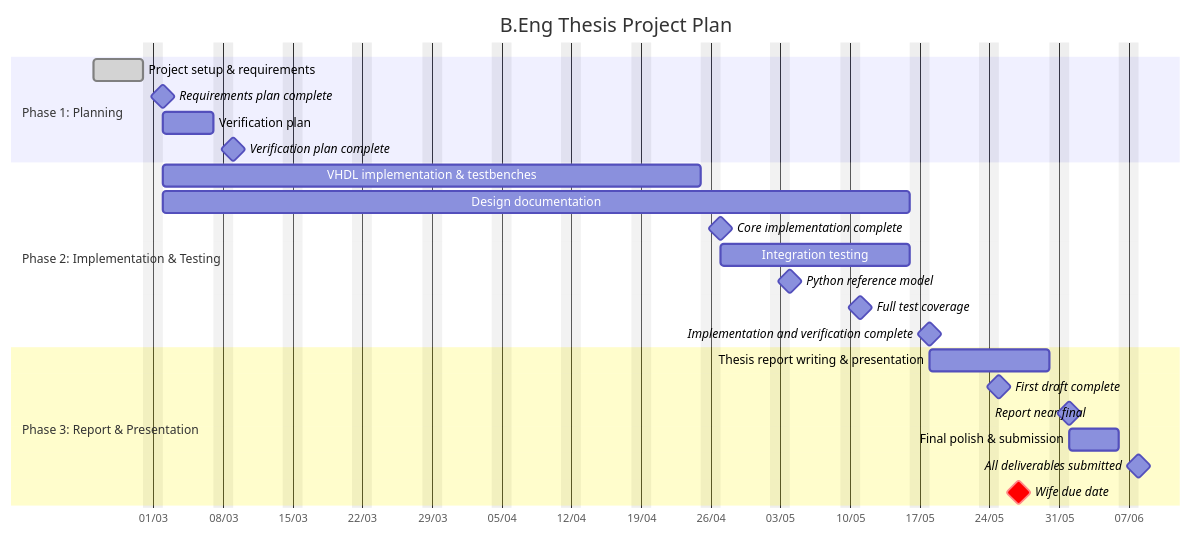
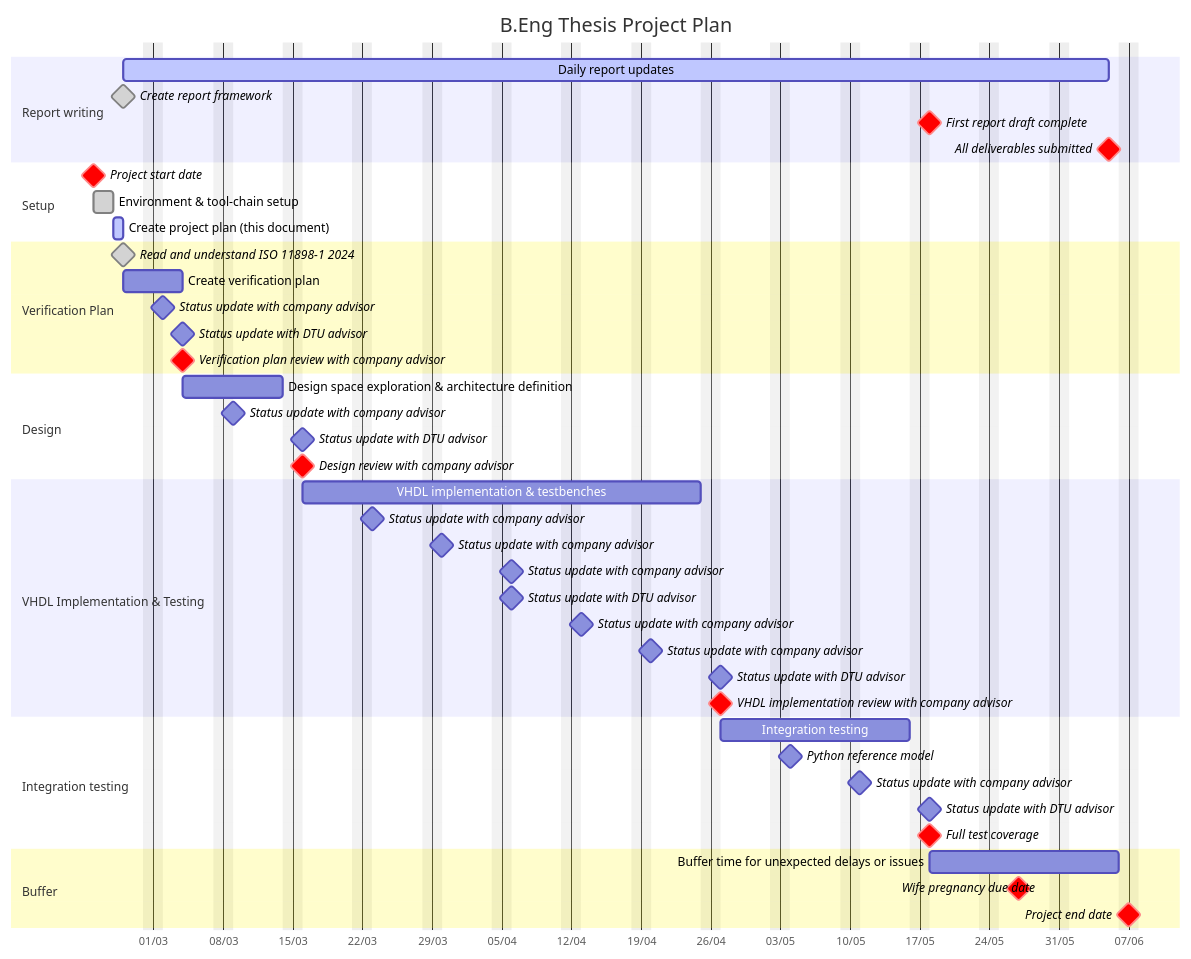
The diagram in docs/time_plan.md (madsr2d2/beng_thesis), drawn with Mermaid before and after one commit. The commit also changed other lines of this file and 9 other files, not shown here.

Commit message:
Project plan update and requirement scripts

````diff
--- a/docs/time_plan.md
+++ b/docs/time_plan.md
@@ -150,31 +62,55 @@
 ```mermaid
 gantt
     dateFormat  YYYY-MM-DD
     axisFormat  %d/%m
     tickInterval 1week
     excludes    weekends
     title       B.Eng Thesis Project Plan
 
-    section Phase 1: Planning
-    Project setup & requirements            :done,   w1, 2026-02-23, 5d
-    Requirements plan complete              :milestone, m1, after w1, 0d
-    Verification plan                       : w2, after w1, 5d
-    Verification plan complete              :milestone, m2, after w2, 0d
+    section Report writing
+    Daily report updates        :active,report, after project_plan, 71d
+    Create report framework     :done,milestone, ver_plan_done, 2026-02-26, 0d
+    First report draft complete        :crit, milestone, first_draft, after full_test, 0d
+    All deliverables submitted  :crit, milestone, report_done, after report, d0
 
-    section Phase 2: Implementation & Testing
-    VHDL implementation & testbenches       :w3, 2026-03-02, 40d
-    Design documentation                    :doc, 2026-03-02, 55d
-    Core implementation complete            :milestone, m3, after w3, 0d
-    Integration testing                     :w10, after w3, 15d
-    Python reference model                  :milestone, m4, 2026-05-04, 0d
-    Full test coverage                      :milestone, m5, 2026-05-11, 0d
-    Implementation and verification complete :milestone, m6, after w10, 0d
+    section Setup
+    Project start date                  :crit, milestone, complete, 2026-02-23, 0d
+    Environment & tool-chain setup      :done, setup, 2026-02-23, 2d
+    Create project plan (this document) :active, project_plan, after setup, 1d
 
-    section Phase 3: Report & Presentation
-    Thesis report writing & presentation    :w13, after w10, 10d
-    First draft complete                    :milestone, m7, 2026-05-25, 0d
-    Report near final                       :milestone, m8, after w13, 0d
-    Final polish & submission               :w15, after w13, 5d
-    All deliverables submitted              :milestone, m9, after w15, 0d
-    Wife due date                           :crit, milestone, m10, 2026-05-27, 0d
+    section Verification Plan
+    Read and understand ISO 11898-1 2024            :done,milestone, read, after plan, 0d
+    Create verification plan                        :ver_plan, after plan, 4d
+    Status update with company advisor              :milestone, udp, 2026-03-02, 0d
+    Status update with DTU advisor                  :milestone, dtu_udp_1, after ver_plan, 0d
+    Verification plan review with company advisor:  crit,milestone, ver_plan_rew, after ver_plan, 0d
+
+    section Design
+    Design space exploration & architecture definition :design, after ver_plan_rew, 8d
+    Status update with company advisor                 :milestone, ver_plan_udp, 2026-03-09, 0d
+    Status update with DTU advisor                     :milestone, dtu_udp_2, after design, 0d
+    Design review with company advisor                 :crit,milestone, design_rew, after design, 0d
+
+    section VHDL Implementation & Testing
+    VHDL implementation & testbenches               :imp, after design_rew, 30d
+    Status update with company advisor              :milestone, imp_upd_1, after design_rew, 10d
+    Status update with company advisor              :milestone, imp_upd_2, after design_rew, 20d
+    Status update with company advisor              :milestone, imp_upd_3, after design_rew, 30d
+    Status update with DTU advisor                  :milestone, dtu_udp_3, after design_rew, 30d
+    Status update with company advisor              :milestone, imp_upd_4, after design_rew, 40d
+    Status update with company advisor              :milestone, imp_upd_4, after design_rew, 50d
+    Status update with DTU advisor                  :milestone, dtu_udp_4, after imp, 0d
+    VHDL implementation review with company advisor :crit,milestone, imp_done, after imp, 0d
+
+    section Integration testing
+    Integration testing                 :inte, after imp_done, 15d
+    Python reference model              :milestone, python_ref, after imp_done, 10d
+    Status update with company advisor  :milestone, inte_upd, after imp_done, 20d
+    Status update with DTU advisor  :milestone, imp_upd_4, after inte, 0d
+    Full test coverage                  :crit, milestone, full_test, after inte, 0d
+
+    section Buffer
+    Buffer time for unexpected delays or issues :buffer, after full_test, 15d
+    Wife pregnancy due date                     :crit, milestone, m10, 2026-05-27, 0d
+    Project end date                            :crit, milestone, complete, 2026-06-07, 0d
 ```
````
